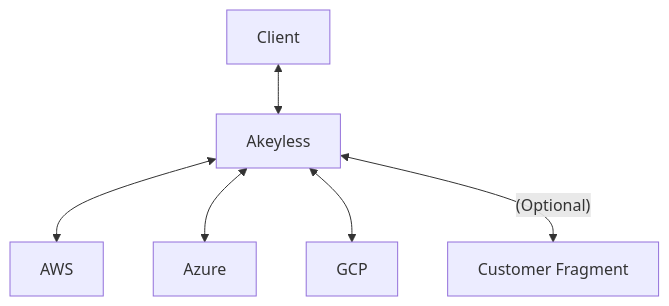
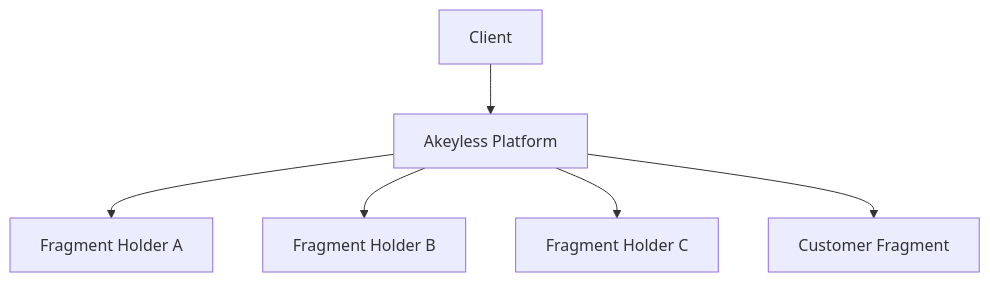
The diagram in docs/Getting Started/dfc-overview/index.md (akeylesslabs/technical-documentation), drawn with Mermaid before and after one commit. The commit also changed other lines of this file, not shown here.

````diff
--- a/docs/Getting Started/dfc-overview/index.md
+++ b/docs/Getting Started/dfc-overview/index.md
@@ -20,9 +22,8 @@
 ```mermaid
 graph TD
-    C[Client] <--> U[Akeyless]
-    U <--> K1[AWS]
-    U <--> K2[Azure]
-    U <--> K3[GCP]
-    U <--(Optional)--> CF[Customer Fragment]
-
+    C[Client] --> U[Akeyless Platform]
+    U --> K1[Fragment Holder A]
+    U --> K2[Fragment Holder B]
+    U --> K3[Fragment Holder C]
+    U --> CF[Customer Fragment]
 ```
````
